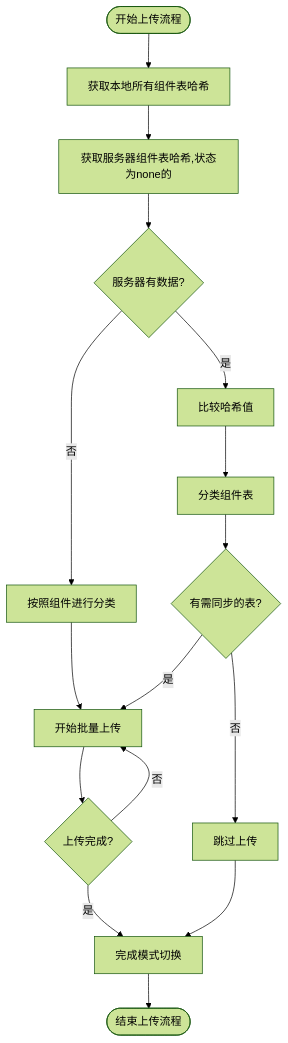
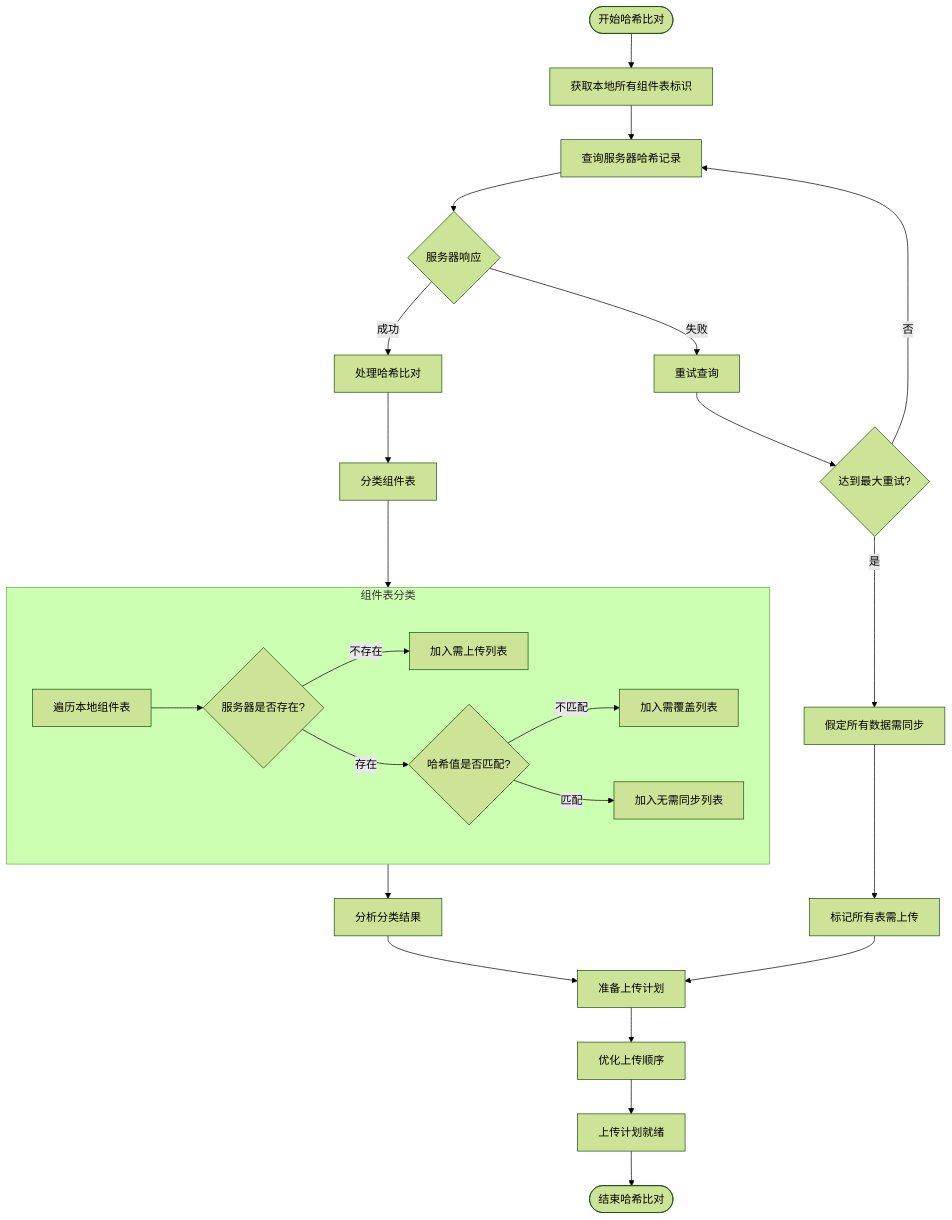
One commit to yingjianzh/iodraw-files changed the diagram in all/未命名-50.md. Above: the diagram before and after it, drawn with Mermaid (forest theme).

Commit message:
2025-05-08 17:43:33 update

````diff
--- a/all/未命名-50.md
+++ b/all/未命名-50.md
@@ -1,28 +1,35 @@
 ```mermaid
 flowchart TD
-    Start([开始上传流程]) --> CollectLocalHashes[获取本地所有组件表哈希]
-    CollectLocalHashes --> FetchServerHashes[获取服务器组件表哈希,状态为none的]
+    Start([开始哈希比对]) --> GetLocalTables[获取本地所有组件表标识]
+    GetLocalTables --> QueryServer[查询服务器哈希记录]
     
-    FetchServerHashes --> ServerHasData{服务器有数据?}
+    QueryServer --> ServerResponse{服务器响应}
+    ServerResponse -->|成功| ProcessHashComparison[处理哈希比对]
+    ServerResponse -->|失败| RetryServer[重试查询]
     
-    ServerHasData -->|是| CompareHashes[比较哈希值]
-    ServerHasData -->|否| ClassifyTables2[按照组件进行分类]
-    ClassifyTables2 --> StartBatching[开始批量上传]
+    RetryServer --> MaxRetries{达到最大重试?}
+    MaxRetries -->|否| QueryServer
+    MaxRetries -->|是| AssumeAllNew[假定所有数据需同步]
     
-    CompareHashes --> ClassifyTables[分类组件表]
-    ClassifyTables --> HasChanges{有需同步的表?}
+    ProcessHashComparison --> CategorizeResults[分类组件表]
     
-    HasChanges -->|否| SkipUpload[跳过上传]
-    HasChanges -->|是| StartBatching
+    subgraph Categorization [组件表分类]
+        C1[遍历本地组件表] --> C2{服务器是否存在?}
+        C2 -->|不存在| C3[加入需上传列表]
+        C2 -->|存在| C4{哈希值是否匹配?}
+        C4 -->|不匹配| C5[加入需覆盖列表]
+        C4 -->|匹配| C6[加入无需同步列表]
+    end
     
-    StartBatching --> UploadComplete{上传完成?}
-
-    UploadComplete -->|是| FinalizeMode[完成模式切换]
-    UploadComplete -->|否| StartBatching
-
+    CategorizeResults --> Categorization
+    AssumeAllNew --> FlagAllForUpload[标记所有表需上传]
     
+    Categorization --> AnalyzeResults[分析分类结果]
+    FlagAllForUpload --> PrepareUploadPlan[准备上传计划]
     
-    FinalizeMode --> End([结束上传流程])
+    AnalyzeResults --> PrepareUploadPlan
+    PrepareUploadPlan --> OptimizeOrder[优化上传顺序]
     
-    SkipUpload --> FinalizeMode
+    OptimizeOrder --> PlanReady[上传计划就绪]
+    PlanReady --> End([结束哈希比对])
 ```
````
